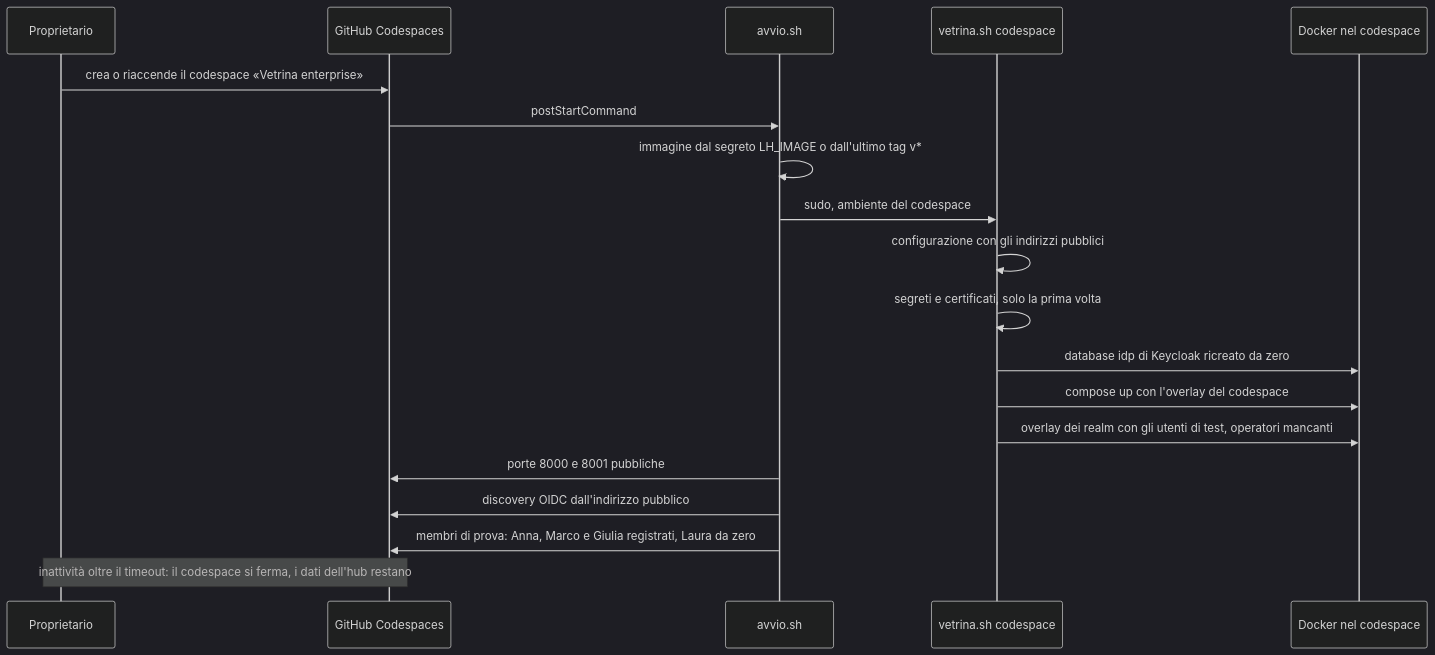
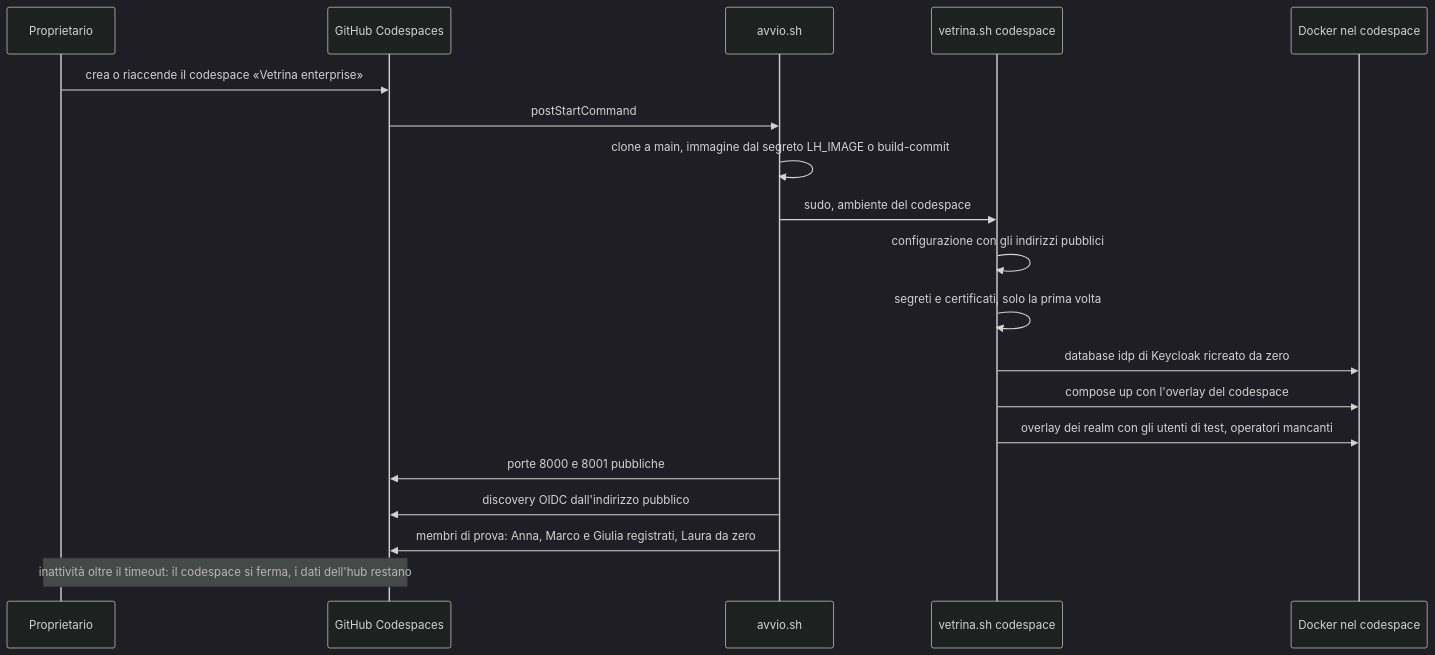
One commit to peppe-ruv/Loyalty_Sys changed the third of 11 diagrams in concetti/vetrina-enterprise.mdx. Above: the diagram before and after it, drawn with Mermaid (dark theme). The commit also changed other lines of this file and 9 other files, not shown here.

````diff
--- a/concetti/vetrina-enterprise.mdx
+++ b/concetti/vetrina-enterprise.mdx
@@ -67,23 +83,23 @@
 ```mermaid
 sequenceDiagram
   accTitle: Avvio della vetrina nel codespace
   accDescr: All'avvio del codespace lo script del dev container sceglie l'immagine e lancia vetrina.sh in modalità codespace. Lo script scrive la configurazione, genera i segreti la prima volta, ricrea da zero il database di Keycloak, avvia lo stack e applica gli overlay dei realm master, operatori e membri con gli utenti di test, poi crea gli operatori mancanti. Lo script del dev container rende pubbliche le porte 8000 e 8001, verifica la discovery OIDC dall'indirizzo pubblico e registra i membri di prova dal portale.
   participant P as Proprietario
   participant G as GitHub Codespaces
   participant A as avvio.sh
   participant S as vetrina.sh codespace
   participant D as Docker nel codespace
   P->>G: crea o riaccende il codespace «Vetrina enterprise»
   G->>A: postStartCommand
-  A->>A: immagine dal segreto LH_IMAGE o dall'ultimo tag v*
+  A->>A: clone a main, immagine dal segreto LH_IMAGE o build-commit
   A->>S: sudo, ambiente del codespace
   S->>S: configurazione con gli indirizzi pubblici
   S->>S: segreti e certificati, solo la prima volta
   S->>D: database idp di Keycloak ricreato da zero
   S->>D: compose up con l'overlay del codespace
   S->>D: overlay dei realm con gli utenti di test, operatori mancanti
   A->>G: porte 8000 e 8001 pubbliche
   A->>G: discovery OIDC dall'indirizzo pubblico
   A->>G: membri di prova: Anna, Marco e Giulia registrati, Laura da zero
   Note over P,G: inattività oltre il timeout: il codespace si ferma, i dati dell'hub restano
 ```
````
